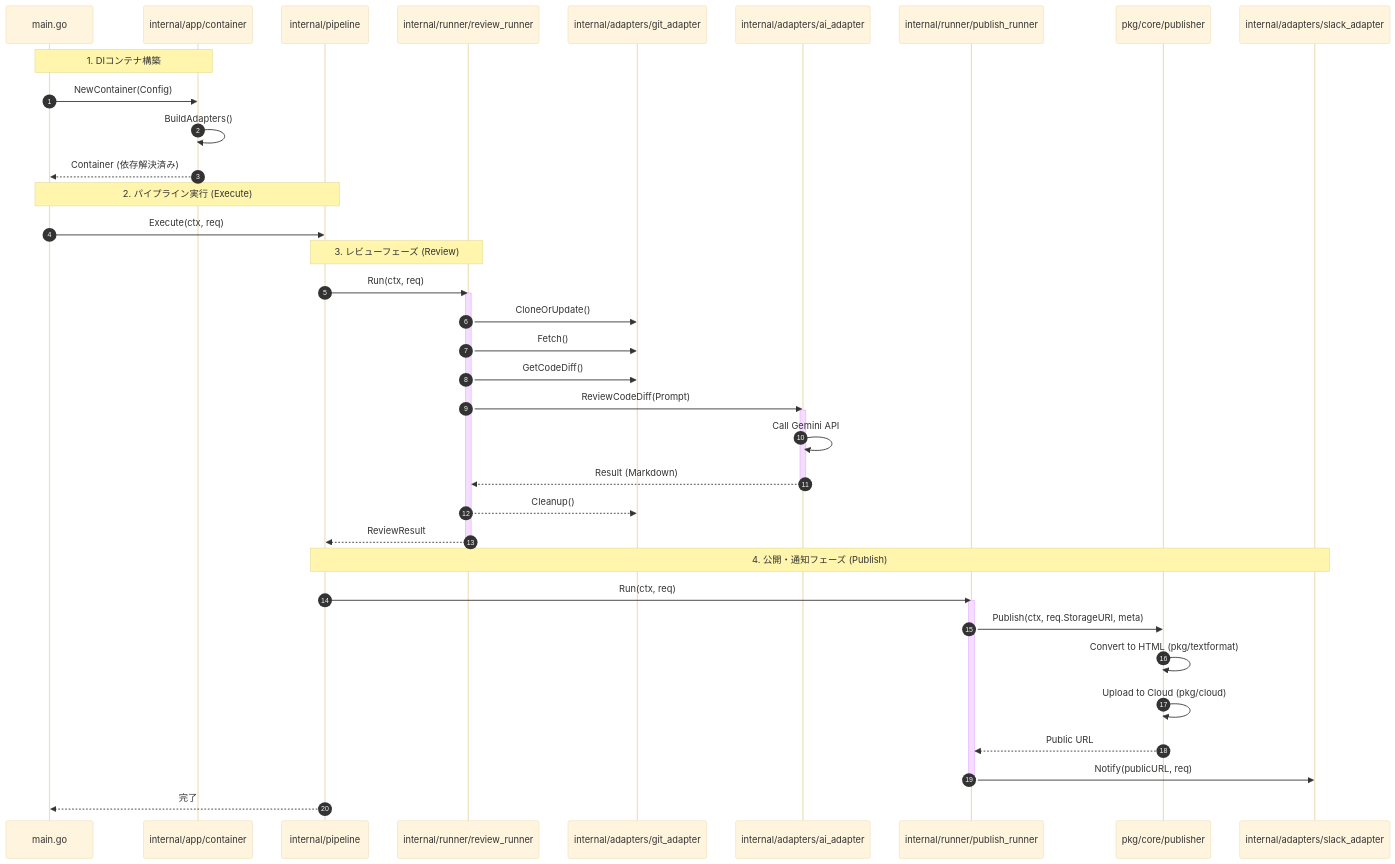
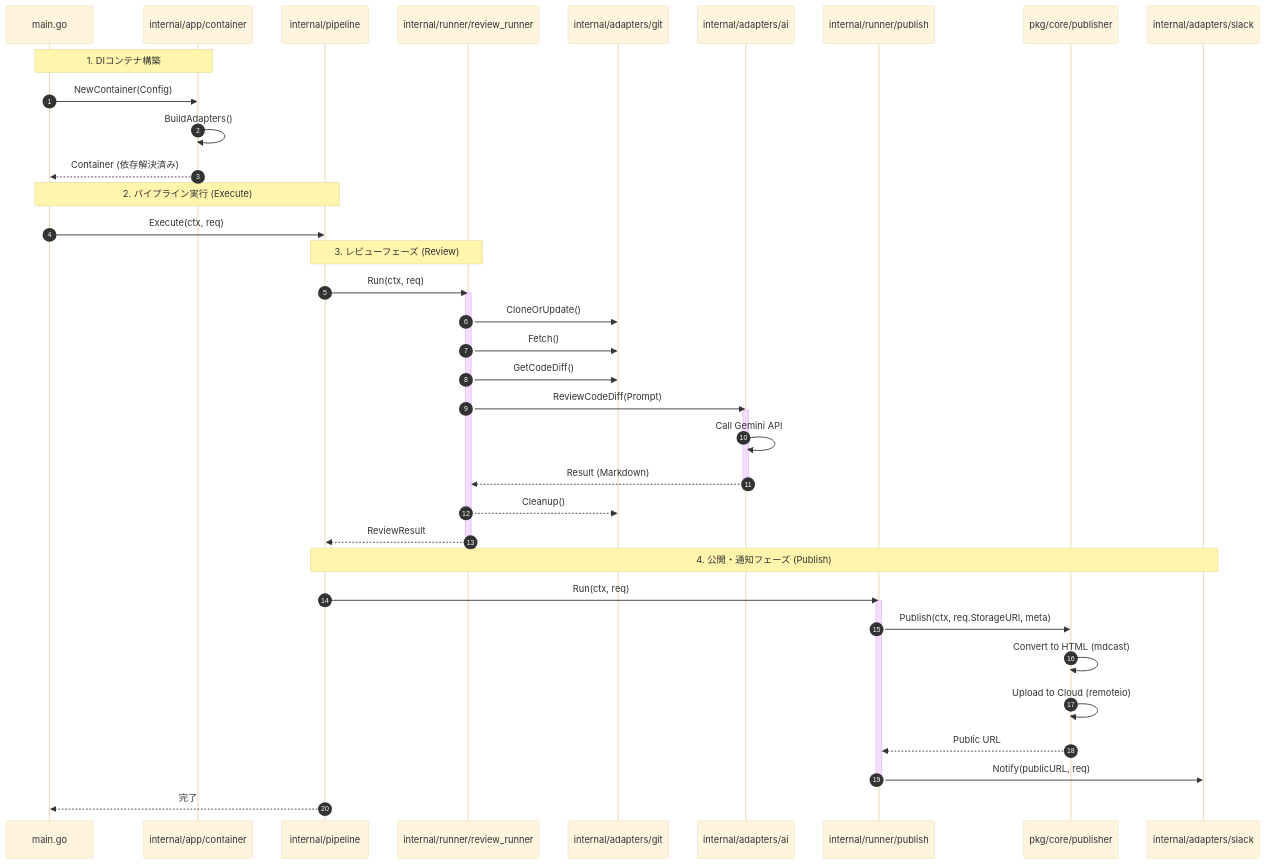
The diagram in README.md (shouni/git-gemini-cli), drawn with Mermaid (base theme) before and after one commit.

Commit message:
Docs: update README sequence diagram to reflect renamed packages and modules

````diff
--- a/README.md
+++ b/README.md
@@ -64,47 +64,47 @@
 ```mermaid
 sequenceDiagram
     autonumber
     participant Main as main.go
     participant Cont as internal/app/container
     participant Pipe as internal/pipeline
     participant ReviewR as internal/runner/review_runner
-    participant Git as internal/adapters/git_adapter
-    participant AI as internal/adapters/ai_adapter
-    participant PublishR as internal/runner/publish_runner
+    participant Git as internal/adapters/git
+    participant AI as internal/adapters/ai
+    participant PublishR as internal/runner/publish
     participant Pub as pkg/core/publisher
-    participant Slack as internal/adapters/slack_adapter
+    participant Slack as internal/adapters/slack
 
     Note over Main, Cont: 1. DIコンテナ構築
     Main->>Cont: NewContainer(Config)
     Cont->>Cont: BuildAdapters()
     Cont-->>Main: Container (依存解決済み)
 
     Note over Main, Pipe: 2. パイプライン実行 (Execute)
     Main->>Pipe: Execute(ctx, req)
 
     Note over Pipe, ReviewR: 3. レビューフェーズ (Review)
     Pipe->>ReviewR: Run(ctx, req)
     activate ReviewR
     ReviewR->>Git: CloneOrUpdate()
     ReviewR->>Git: Fetch()
     ReviewR->>Git: GetCodeDiff()
     ReviewR->>AI: ReviewCodeDiff(Prompt)
     activate AI
     AI->>AI: Call Gemini API
     AI-->>ReviewR: Result (Markdown)
     deactivate AI
     ReviewR-->>Git: Cleanup()
     ReviewR-->>Pipe: ReviewResult
     deactivate ReviewR
 
     Note over Pipe, Slack: 4. 公開・通知フェーズ (Publish)
     Pipe->>PublishR: Run(ctx, req)
     activate PublishR
     PublishR->>Pub: Publish(ctx, req.StorageURI, meta)
-    Pub->>Pub: Convert to HTML (pkg/textformat)
-    Pub->>Pub: Upload to Cloud (pkg/cloud)
+    Pub->>Pub: Convert to HTML (mdcast)
+    Pub->>Pub: Upload to Cloud (remoteio)
     Pub-->>PublishR: Public URL
     PublishR->>Slack: Notify(publicURL, req)
     deactivate PublishR
     Pipe-->>Main: 完了
 ```
````
